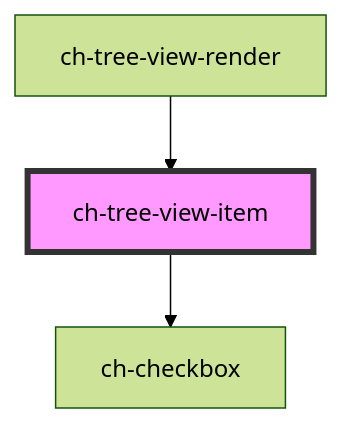
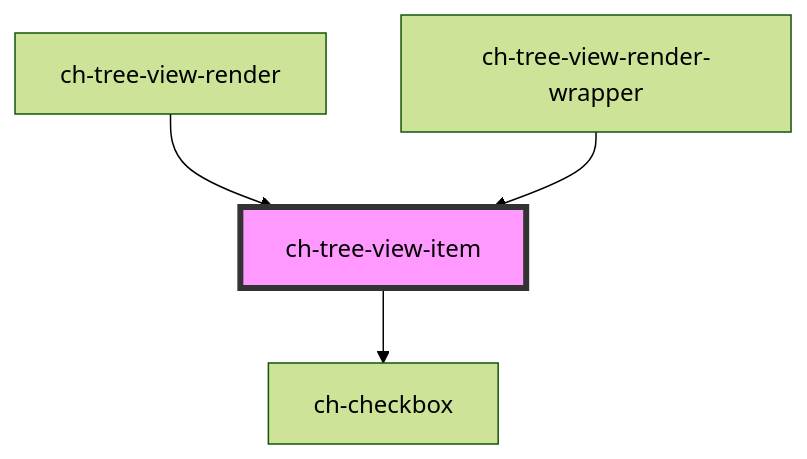
The diagram in src/components/tree-view/tree-view-item/readme.md (genexuslabs/chameleon-controls-library), drawn with Mermaid (forest theme) before and after one commit. The commit also changed other lines of this file and 4 other files, not shown here.

````diff
--- a/src/components/tree-view/tree-view-item/readme.md
+++ b/src/components/tree-view/tree-view-item/readme.md
@@ -129,6 +130,7 @@
 ```mermaid
 graph TD;
   ch-tree-view-item --> ch-checkbox
   ch-tree-view-render --> ch-tree-view-item
+  ch-tree-view-render-wrapper --> ch-tree-view-item
   style ch-tree-view-item fill:#f9f,stroke:#333,stroke-width:4px
 ```
````
